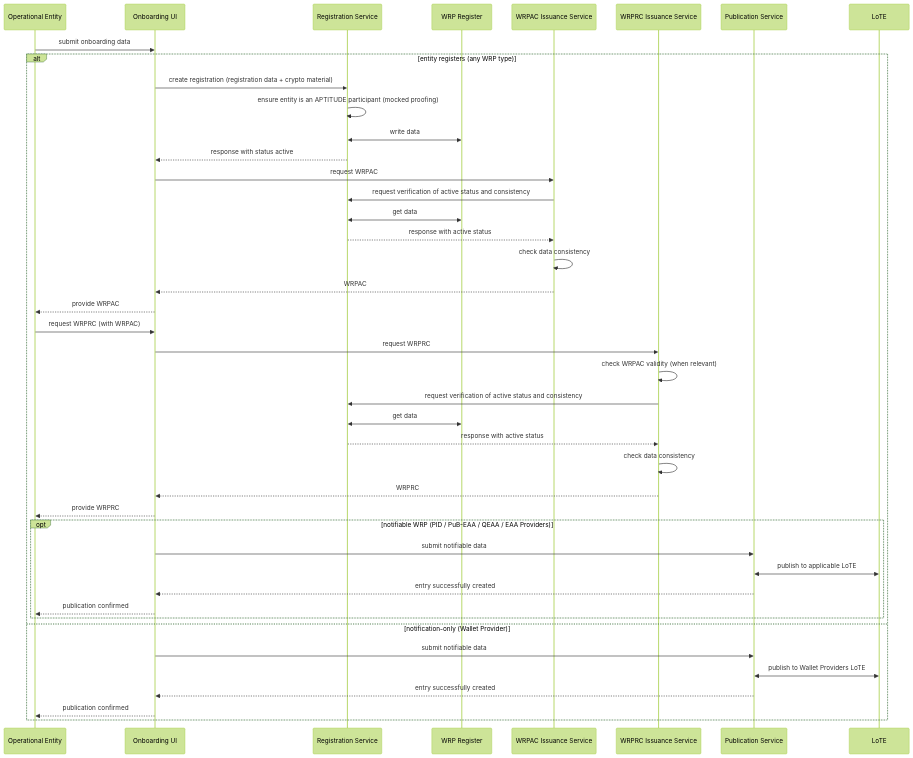
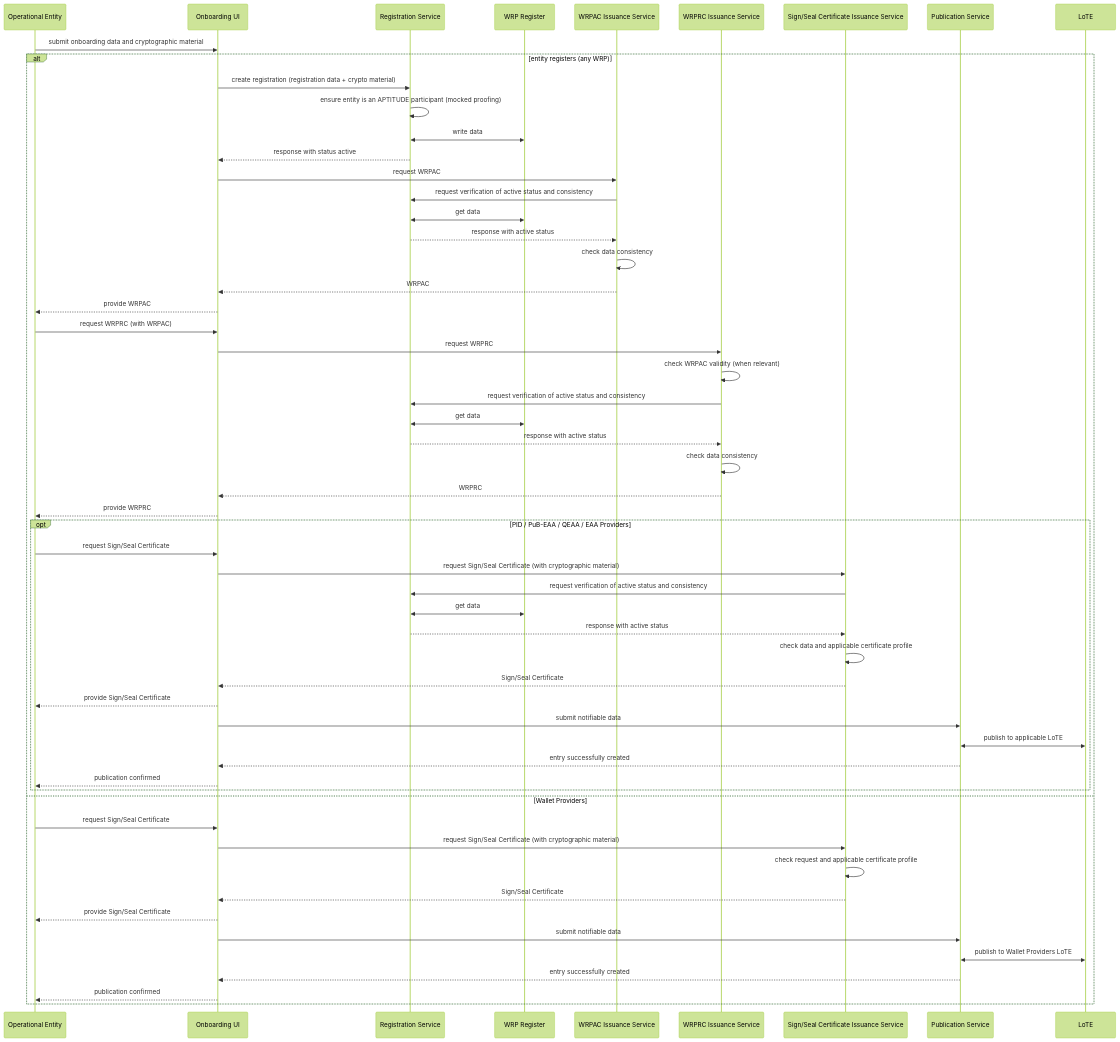
The fourth of 5 diagrams in docs/topics/onboarding-process.md (APTITUDE-Consortium/wp2-trust-specifications), drawn with Mermaid (forest theme) before and after one commit. The commit also changed other lines of this file, not shown here.

Commit message:
chore: onboarding update

````diff
--- a/docs/topics/onboarding-process.md
+++ b/docs/topics/onboarding-process.md
@@ -263,46 +281,60 @@
 ```mermaid
 sequenceDiagram
     participant E as Operational Entity
     participant UI as Onboarding UI
     participant RegServ as Registration Service
     participant Register as WRP Register
     participant ACServ as WRPAC Issuance Service
     participant RCServ as WRPRC Issuance Service
+    participant SSCServ as Sign/Seal Certificate Issuance Service
     participant PubServ as Publication Service
     participant TL as LoTE
 
-    E->>UI: submit onboarding data
-    alt entity registers (any WRP type)
+    E->>UI: submit onboarding data and cryptographic material
+    alt entity registers (any WRP)
         UI->>RegServ: create registration (registration data + crypto material)
         RegServ->>RegServ: ensure entity is an APTITUDE participant (mocked proofing)
         RegServ<<->>Register: write data
         RegServ-->>UI: response with status active
         UI->>ACServ: request WRPAC
         ACServ->>RegServ: request verification of active status and consistency
         RegServ<<->>Register: get data
         RegServ-->>ACServ: response with active status
         ACServ->>ACServ: check data consistency
         ACServ-->>UI: WRPAC
         UI-->>E: provide WRPAC
         E->>UI: request WRPRC (with WRPAC)
         UI->>RCServ: request WRPRC
         RCServ->>RCServ: check WRPAC validity (when relevant)
         RCServ->>RegServ: request verification of active status and consistency
         RegServ<<->>Register: get data
         RegServ-->>RCServ: response with active status
         RCServ->>RCServ: check data consistency
         RCServ-->>UI: WRPRC
         UI-->>E: provide WRPRC
-        opt notifiable WRP (PID / PuB-EAA / QEAA / EAA Providers)
+        opt PID / PuB-EAA / QEAA / EAA Providers
+            E->>UI: request Sign/Seal Certificate
+            UI->>SSCServ: request Sign/Seal Certificate (with cryptographic material)
+            SSCServ->>RegServ: request verification of active status and consistency
+            RegServ<<->>Register: get data
+            RegServ-->>SSCServ: response with active status
+            SSCServ->>SSCServ: check data and applicable certificate profile
+            SSCServ-->>UI: Sign/Seal Certificate
+            UI-->>E: provide Sign/Seal Certificate
             UI->>PubServ: submit notifiable data
             PubServ<<->>TL: publish to applicable LoTE
             PubServ-->>UI: entry successfully created
             UI-->>E: publication confirmed
         end
-    else notification-only (Wallet Provider)
+    else Wallet Providers
+        E->>UI: request Sign/Seal Certificate
+        UI->>SSCServ: request Sign/Seal Certificate (with cryptographic material)
+        SSCServ->>SSCServ: check request and applicable certificate profile
+        SSCServ-->>UI: Sign/Seal Certificate
+        UI-->>E: provide Sign/Seal Certificate
         UI->>PubServ: submit notifiable data
         PubServ<<->>TL: publish to Wallet Providers LoTE
         PubServ-->>UI: entry successfully created
         UI-->>E: publication confirmed
     end
 ```
````
